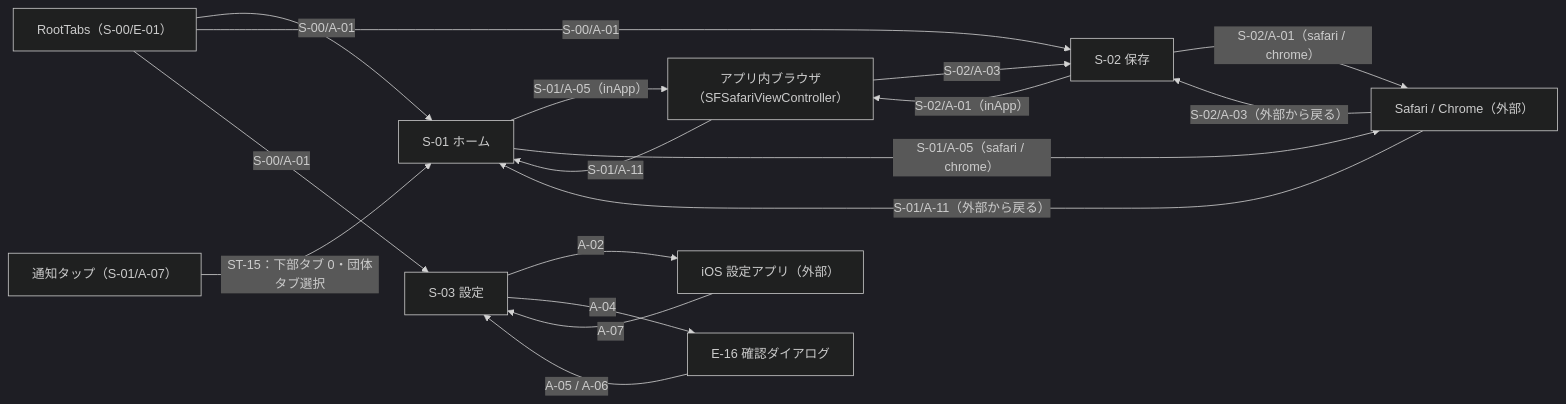
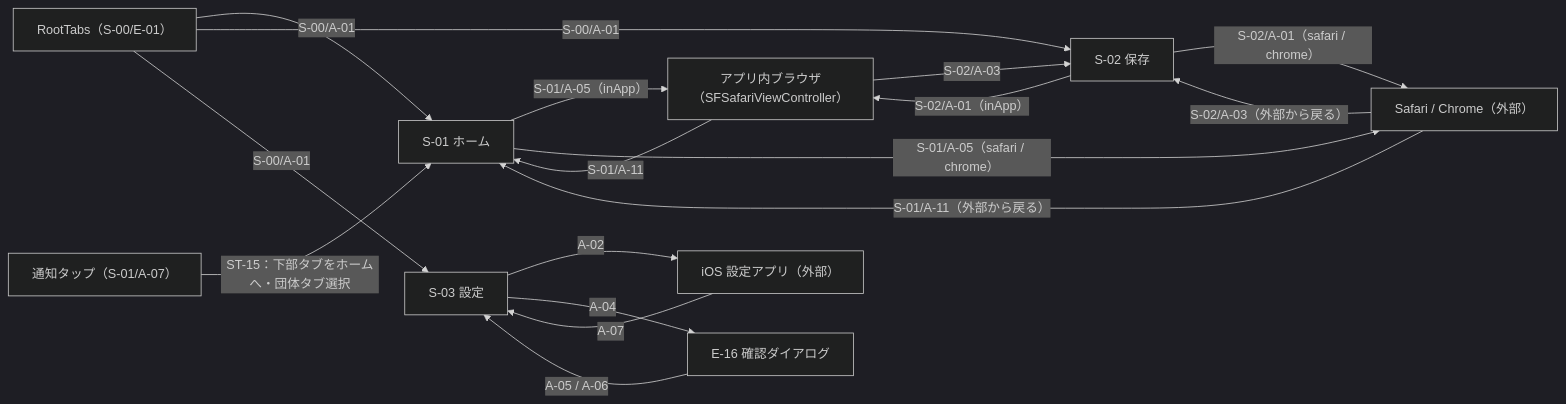
One commit to sss-kato/curtaincall changed the second of 2 diagrams in docs/design/D-05.md. Above: the diagram before and after it, drawn with Mermaid (dark theme). The commit also changed other lines of this file and 1 other file, not shown here.

````diff
--- a/docs/design/D-05.md
+++ b/docs/design/D-05.md
@@ -353,27 +366,27 @@
 ```mermaid
 flowchart LR
   ROOT["RootTabs（S-00/E-01）"]
   S01["S-01 ホーム"]
   S02["S-02 保存"]
   S03["S-03 設定"]
   INAPP["アプリ内ブラウザ（SFSafariViewController）"]
   EXT["Safari / Chrome（外部）"]
   IOSSET["iOS 設定アプリ（外部）"]
   DLG["E-16 確認ダイアログ"]
   ROOT -- "S-00/A-01" --> S01
   ROOT -- "S-00/A-01" --> S02
   ROOT -- "S-00/A-01" --> S03
   S01 -- "S-01/A-05（inApp）" --> INAPP
   S01 -- "S-01/A-05（safari / chrome）" --> EXT
   S02 -- "S-02/A-01（inApp）" --> INAPP
   S02 -- "S-02/A-01（safari / chrome）" --> EXT
   INAPP -- "S-01/A-11" --> S01
   INAPP -- "S-02/A-03" --> S02
   EXT -- "S-01/A-11（外部から戻る）" --> S01
   EXT -- "S-02/A-03（外部から戻る）" --> S02
   S03 -- "A-02" --> IOSSET
   IOSSET -- "A-07" --> S03
   S03 -- "A-04" --> DLG
   DLG -- "A-05 / A-06" --> S03
-  NOTIF["通知タップ（S-01/A-07）"] -- "ST-15：下部タブ 0・団体タブ選択" --> S01
+  NOTIF["通知タップ（S-01/A-07）"] -- "ST-15：下部タブをホームへ・団体タブ選択" --> S01
 ```
````
